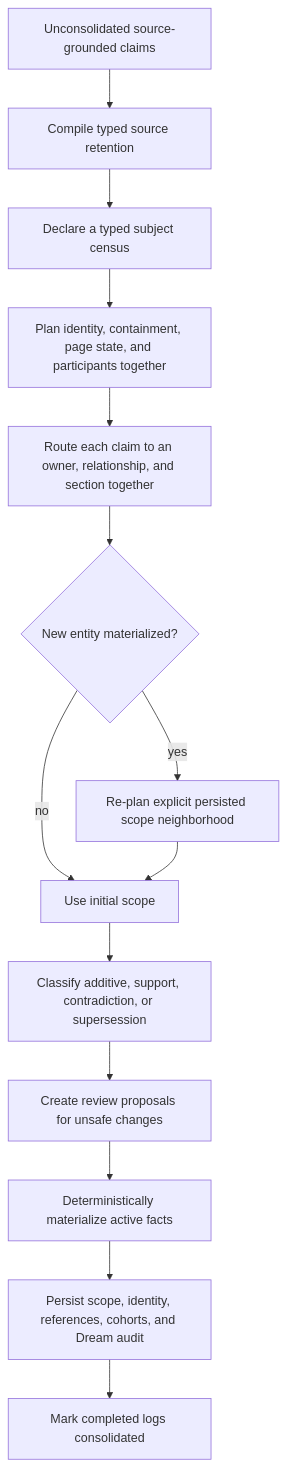
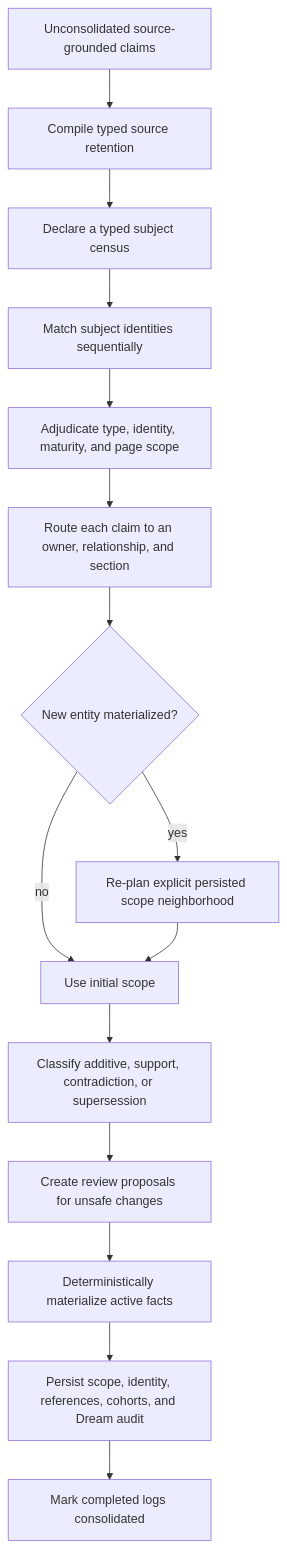
One commit to nsadras/mycelium changed the diagram in DESIGN.md. Above: the diagram before and after it, drawn with Mermaid. The commit also changed other lines of this file and 74 other files, not shown here.

````diff
--- a/DESIGN.md
+++ b/DESIGN.md
@@ -91,16 +108,17 @@
 ```mermaid
 flowchart TD
     A[Unconsolidated source-grounded claims] --> B[Compile typed source retention]
     B --> C[Declare a typed subject census]
-    C --> D[Plan identity, containment, page state, and participants together]
-    D --> E[Route each claim to an owner, relationship, and section together]
-    E --> K{New entity materialized?}
+    C --> D[Match subject identities sequentially]
+    D --> E[Adjudicate type, identity, maturity, and page scope]
+    E --> F[Route each claim to an owner, relationship, and section]
+    F --> K{New entity materialized?}
     K -->|yes| L[Re-plan explicit persisted scope neighborhood]
     K -->|no| M[Use initial scope]
     L --> M
     M --> N[Classify additive, support, contradiction, or supersession]
     N --> O[Create review proposals for unsafe changes]
     O --> P[Deterministically materialize active facts]
     P --> Q[Persist scope, identity, references, cohorts, and Dream audit]
     Q --> R[Mark completed logs consolidated]
 ```
````
